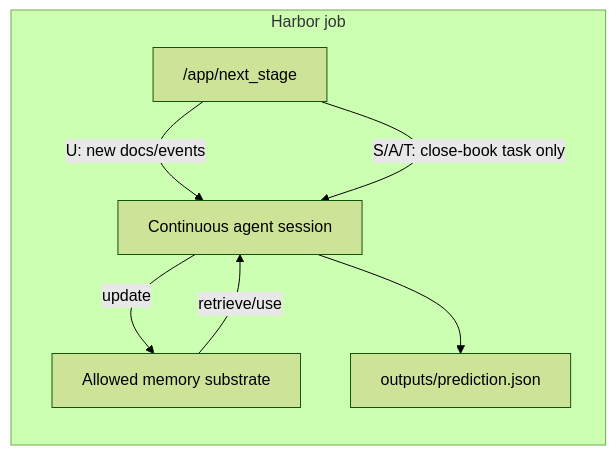
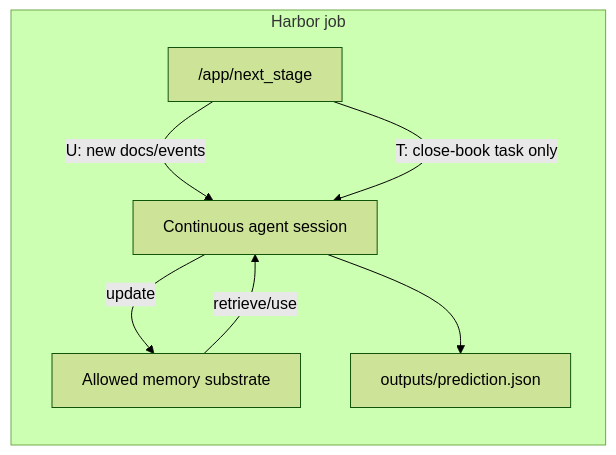
One commit to ShenzheZhu/context-router changed the diagram in examples/eval-harbor/framework/README.md. Above: the diagram before and after it, drawn with Mermaid (forest theme). The commit also changed other lines of this file and 7 other files, not shown here.

````diff
--- a/examples/eval-harbor/framework/README.md
+++ b/examples/eval-harbor/framework/README.md
@@ -40,15 +38,15 @@
 ```mermaid
 flowchart LR
   subgraph Harbor["Harbor job"]
     Agent["Continuous agent session"]
     Stage["/app/next_stage"]
     Memory["Allowed memory substrate"]
     Output["outputs/prediction.json"]
   end
 
   Stage -->|"U: new docs/events"| Agent
   Agent -->|"update"| Memory
-  Stage -->|"S/A/T: close-book task only"| Agent
+  Stage -->|"T: close-book task only"| Agent
   Memory -->|"retrieve/use"| Agent
   Agent --> Output
 ```
````
